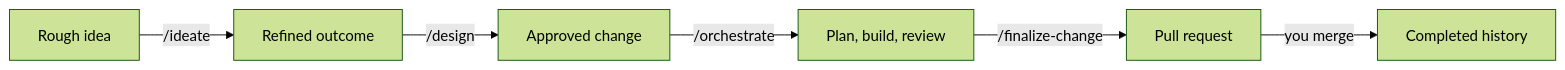
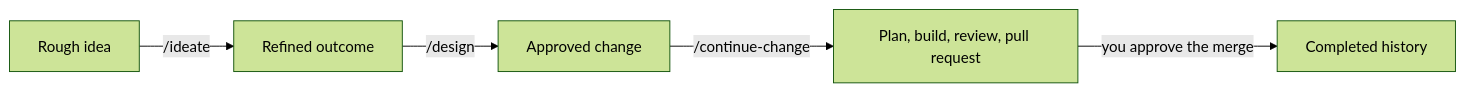
Before and after one commit to maba-pag/owlbear: the diagram in README-consumer.md, drawn with Mermaid (forest theme). The commit also changed other lines of this file and 6 other files, not shown here.

````diff
--- a/README-consumer.md
+++ b/README-consumer.md
@@ -25,8 +24,7 @@
 ```mermaid
 flowchart LR
     A[Rough idea] -->|/ideate| B[Refined outcome]
     B -->|/design| C[Approved change]
-    C -->|/orchestrate| D[Plan, build, review]
-    D -->|/finalize-change| E[Pull request]
-    E -->|you merge| F[Completed history]
+    C -->|/continue-change| D[Plan, build, review, pull request]
+    D -->|you approve the merge| E[Completed history]
 ```
````
